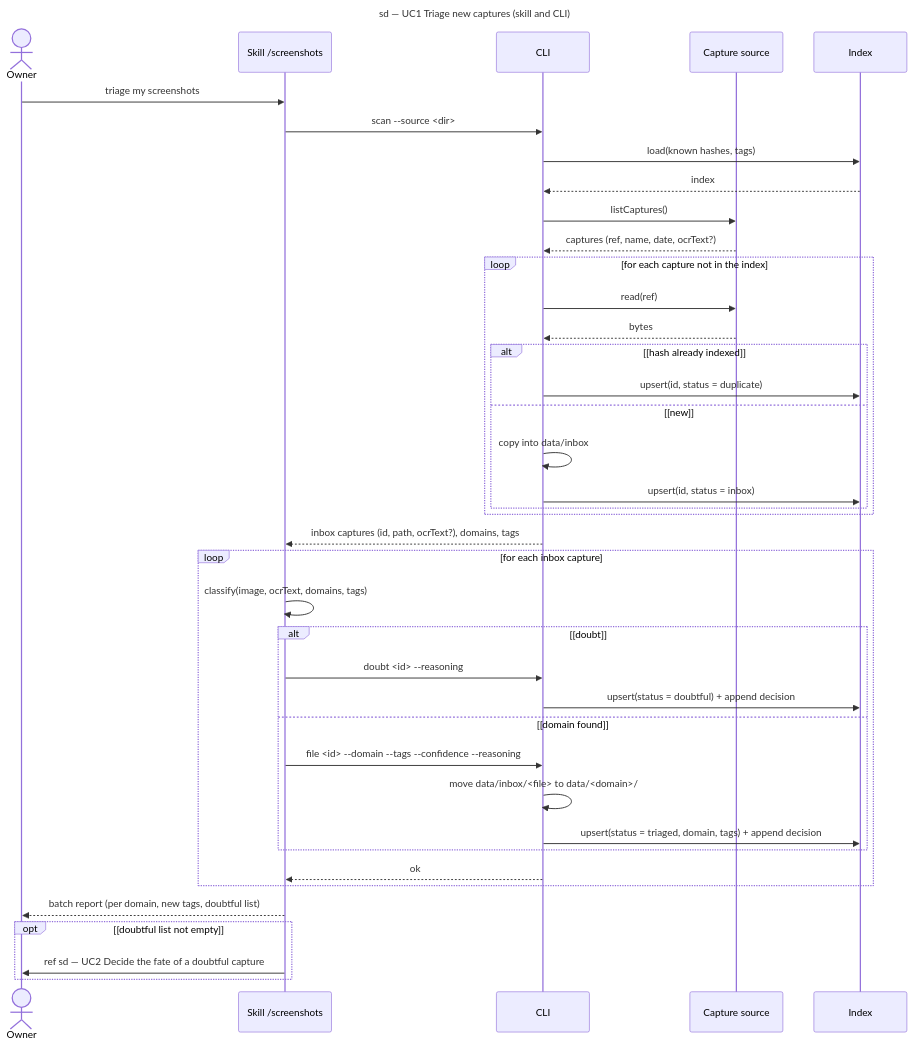
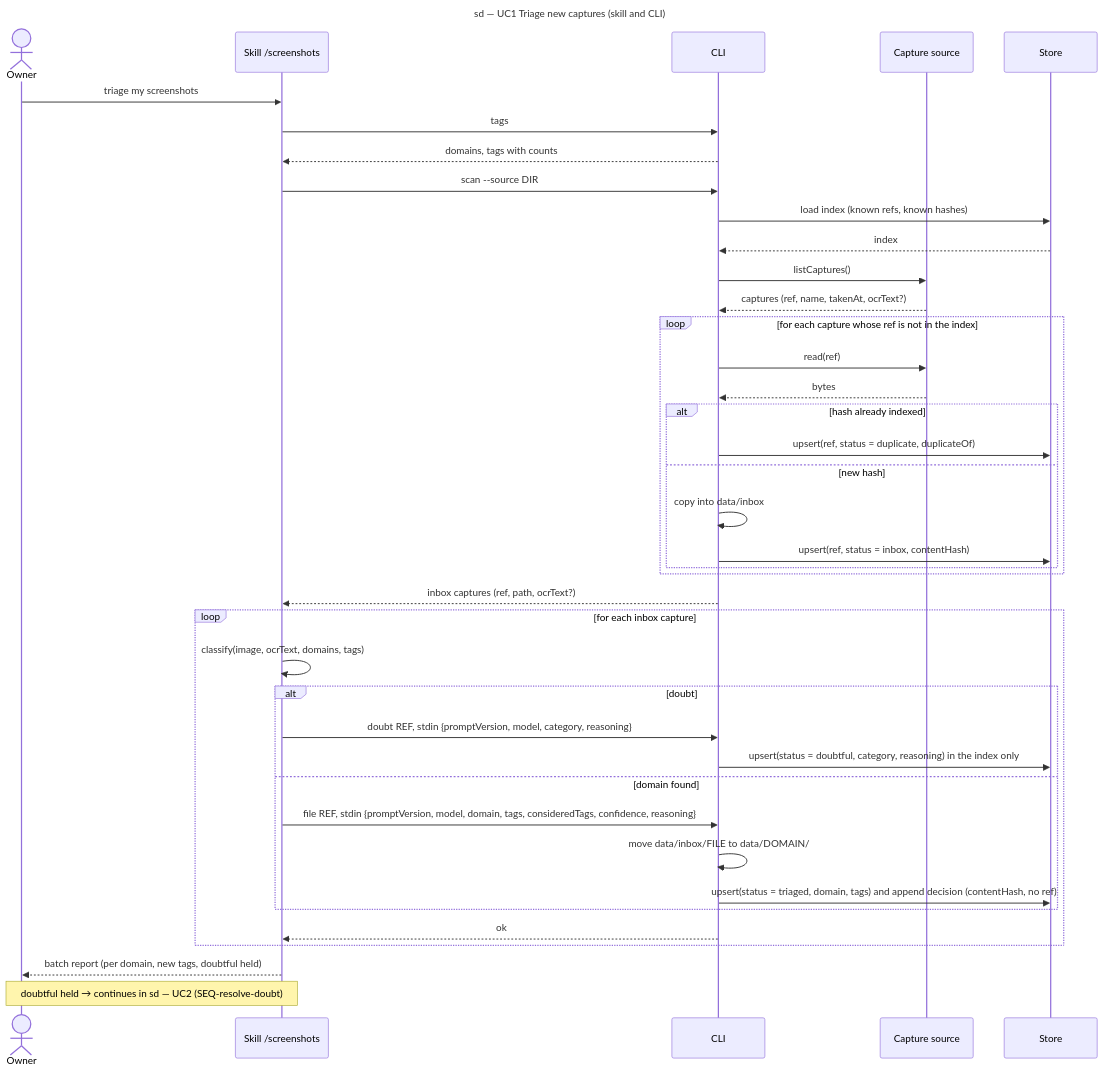
One commit to benoit-bremaud/screenshot-triage changed the diagram in docs/architecture/diagrams/triage/02-sequence-triage-batch.md. Above: the diagram before and after it, drawn with Mermaid. The commit also changed other lines of this file and 14 other files, not shown here.

First line of the commit message:
docs(triage/architecture): fix the review findings on the triage study

````diff
--- a/docs/architecture/diagrams/triage/02-sequence-triage-batch.md
+++ b/docs/architecture/diagrams/triage/02-sequence-triage-batch.md
@@ -13,42 +14,42 @@
 ```mermaid
 sequenceDiagram
   title sd — UC1 Triage new captures (skill and CLI)
   actor Owner
   participant Skill as Skill /screenshots
   participant CLI as CLI
   participant Source as Capture source
-  participant Index as Index
+  participant Store as Store
   Owner->>Skill: triage my screenshots
-  Skill->>CLI: scan --source <dir>
-  CLI->>Index: load(known hashes, tags)
-  Index-->>CLI: index
+  Skill->>CLI: tags
+  CLI-->>Skill: domains, tags with counts
+  Skill->>CLI: scan --source DIR
+  CLI->>Store: load index (known refs, known hashes)
+  Store-->>CLI: index
   CLI->>Source: listCaptures()
-  Source-->>CLI: captures (ref, name, date, ocrText?)
-  loop for each capture not in the index
+  Source-->>CLI: captures (ref, name, takenAt, ocrText?)
+  loop for each capture whose ref is not in the index
     CLI->>Source: read(ref)
     Source-->>CLI: bytes
-    alt [hash already indexed]
-      CLI->>Index: upsert(id, status = duplicate)
-    else [new]
+    alt hash already indexed
+      CLI->>Store: upsert(ref, status = duplicate, duplicateOf)
+    else new hash
       CLI->>CLI: copy into data/inbox
-      CLI->>Index: upsert(id, status = inbox)
+      CLI->>Store: upsert(ref, status = inbox, contentHash)
     end
   end
-  CLI-->>Skill: inbox captures (id, path, ocrText?), domains, tags
+  CLI-->>Skill: inbox captures (ref, path, ocrText?)
   loop for each inbox capture
     Skill->>Skill: classify(image, ocrText, domains, tags)
-    alt [doubt]
-      Skill->>CLI: doubt <id> --reasoning
-      CLI->>Index: upsert(status = doubtful) + append decision
-    else [domain found]
-      Skill->>CLI: file <id> --domain --tags --confidence --reasoning
-      CLI->>CLI: move data/inbox/<file> to data/<domain>/
-      CLI->>Index: upsert(status = triaged, domain, tags) + append decision
+    alt doubt
+      Skill->>CLI: doubt REF, stdin {promptVersion, model, category, reasoning}
+      CLI->>Store: upsert(status = doubtful, category, reasoning) in the index only
+    else domain found
+      Skill->>CLI: file REF, stdin {promptVersion, model, domain, tags, consideredTags, confidence, reasoning}
+      CLI->>CLI: move data/inbox/FILE to data/DOMAIN/
+      CLI->>Store: upsert(status = triaged, domain, tags) and append decision (contentHash, no ref)
     end
     CLI-->>Skill: ok
   end
-  Skill-->>Owner: batch report (per domain, new tags, doubtful list)
-  opt [doubtful list not empty]
-    Skill->>Owner: ref sd — UC2 Decide the fate of a doubtful capture
-  end
+  Skill-->>Owner: batch report (per domain, new tags, doubtful held)
+  Note over Owner,Skill: doubtful held → continues in sd — UC2 (SEQ-resolve-doubt)
 ```
````
